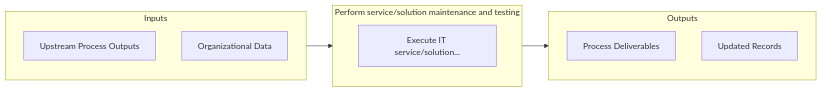
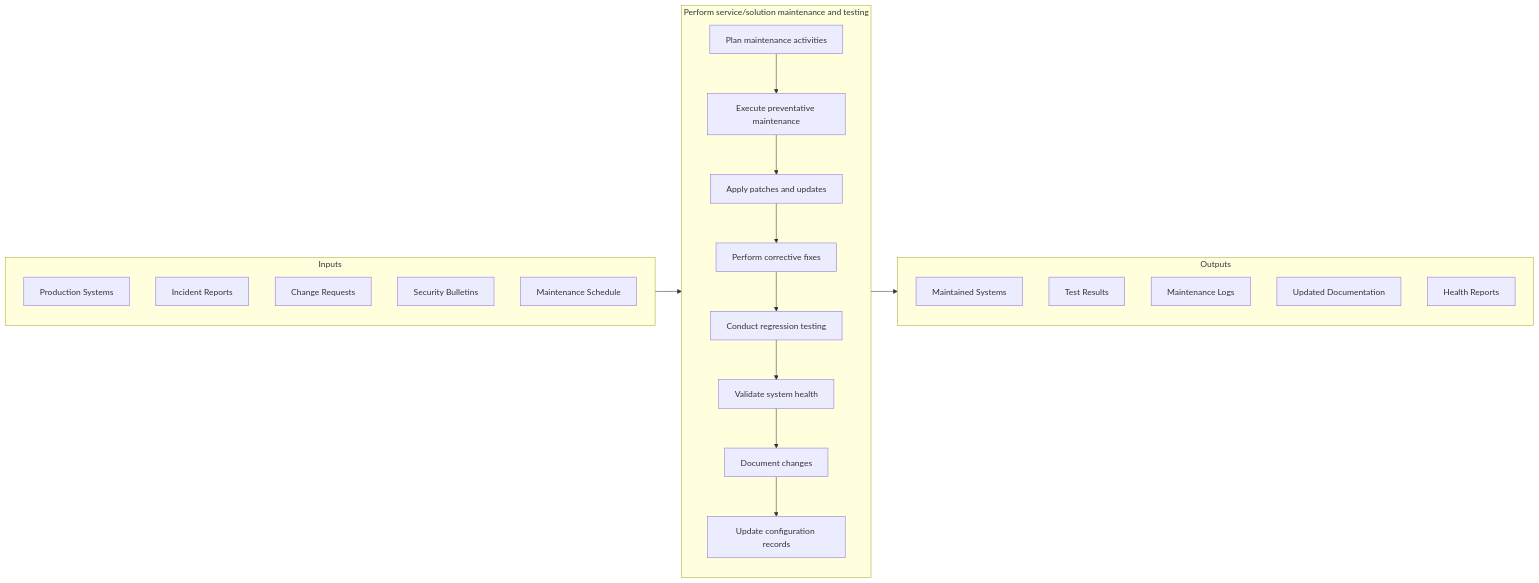
One commit to kziemski/business.org.ai changed the second of 3 diagrams in processes/08-IT/8.5-DevelopManageServicessolutions/8.5.5-PerformServicesolutionMaintenanceTesting/index.mdx. Above: the diagram before and after it, drawn with Mermaid. The commit also changed other lines of this file and 67 other files, not shown here.

````diff
--- a/processes/08-IT/8.5-DevelopManageServicessolutions/8.5.5-PerformServicesolutionMaintenanceTesting/index.mdx
+++ b/processes/08-IT/8.5-DevelopManageServicessolutions/8.5.5-PerformServicesolutionMaintenanceTesting/index.mdx
@@ -59,18 +68,32 @@
 ```mermaid
 flowchart LR
     subgraph Inputs["Inputs"]
-        I1["Upstream Process Outputs"]
-        I2["Organizational Data"]
+        I1["Production Systems"]
+        I2["Incident Reports"]
+        I3["Change Requests"]
+        I4["Security Bulletins"]
+        I5["Maintenance Schedule"]
     end
 
     subgraph Process["Perform service/solution maintenance and testing"]
-        S1["Execute IT service/solution..."]
+        S1["Plan maintenance activities"]
+        S2["Execute preventative maintenance"]
+        S3["Apply patches and updates"]
+        S4["Perform corrective fixes"]
+        S5["Conduct regression testing"]
+        S6["Validate system health"]
+        S7["Document changes"]
+        S8["Update configuration records"]
     end
 
     subgraph Outputs["Outputs"]
-        O1["Process Deliverables"]
-        O2["Updated Records"]
+        O1["Maintained Systems"]
+        O2["Test Results"]
+        O3["Maintenance Logs"]
+        O4["Updated Documentation"]
+        O5["Health Reports"]
     end
 
     Inputs --> Process --> Outputs
+    S1 --> S2 --> S3 --> S4 --> S5 --> S6 --> S7 --> S8
 ```
````
